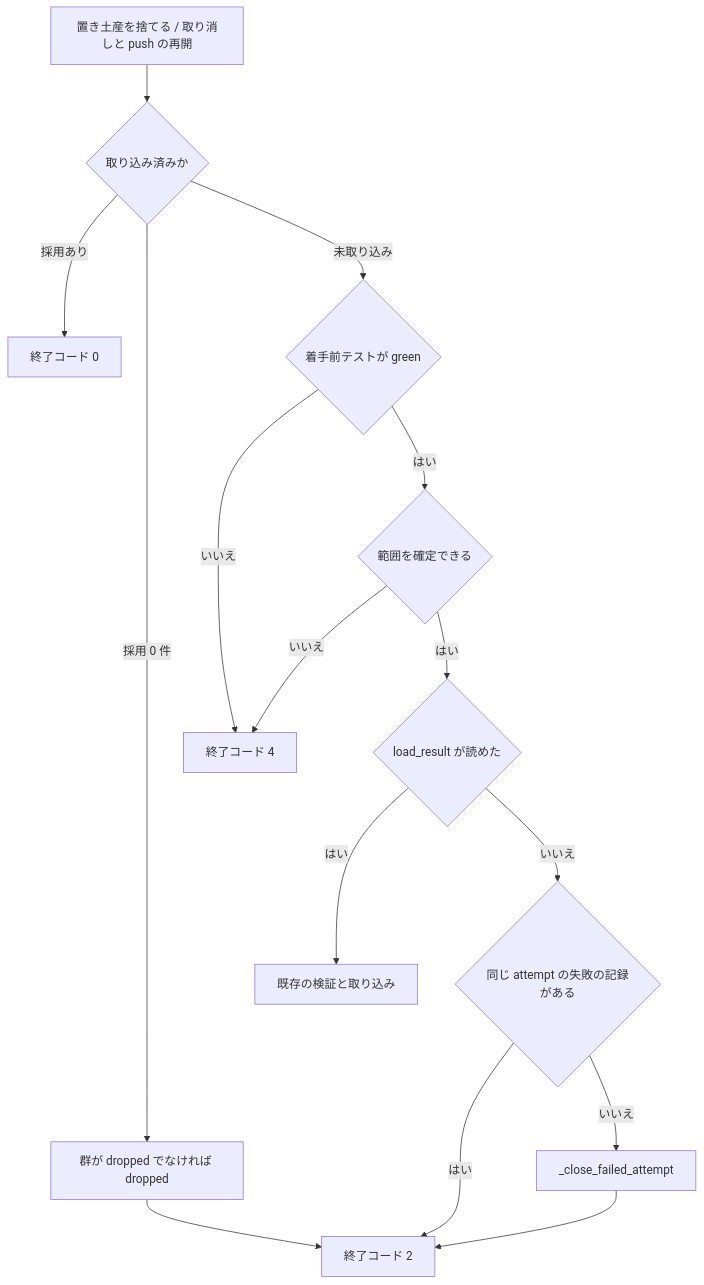
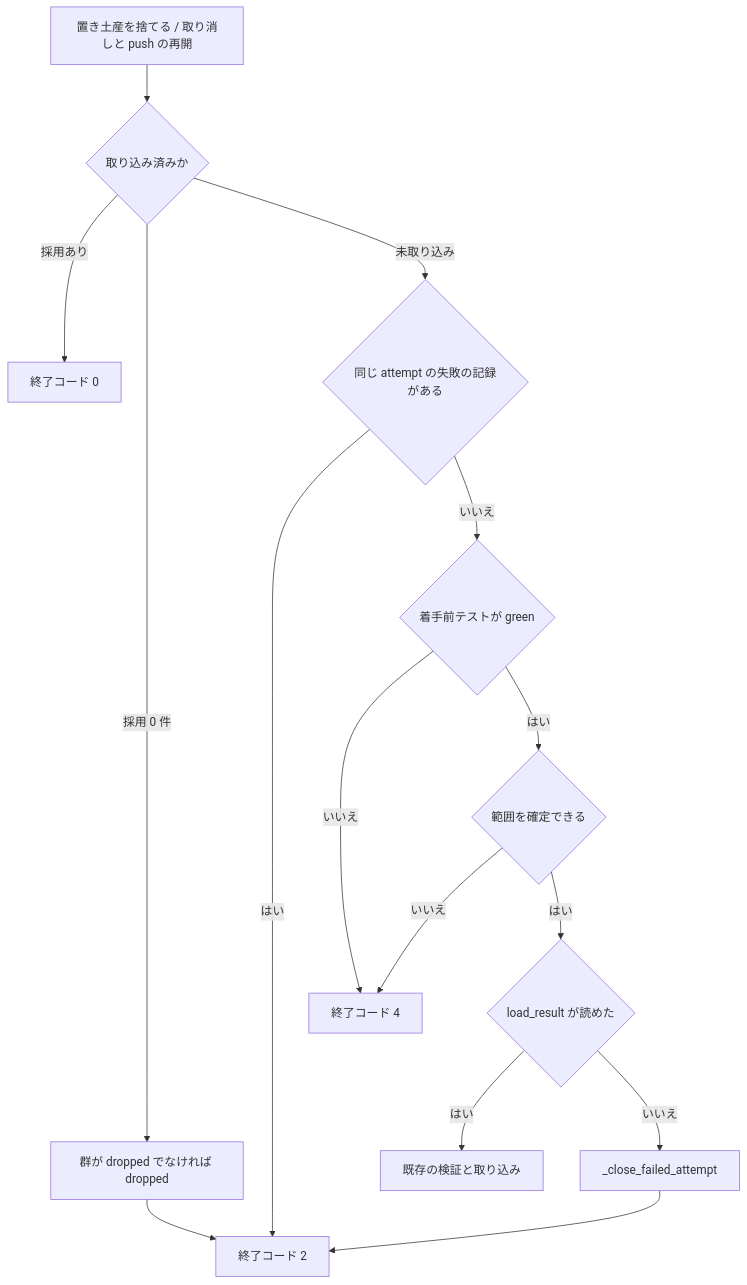
Before and after one commit to devbasex/ai-plugins: the sixth of 6 diagrams in issues/issue-647-592-553-design.md, drawn with Mermaid. The commit also changed other lines of this file and 1 other file, not shown here.

````diff
--- a/issues/issue-647-592-553-design.md
+++ b/issues/issue-647-592-553-design.md
@@ -386,15 +398,15 @@
 ```mermaid
 graph TD
     B[置き土産を捨てる / 取り消しと push の再開] --> G{取り込み済みか}
     G -->|採用あり| R0[終了コード 0]
     G -->|採用 0 件| DR[群が dropped でなければ dropped] --> R2[終了コード 2]
-    G -->|未取り込み| BL{着手前テストが green}
+    G -->|未取り込み| DUP{同じ attempt の失敗の記録がある}
+    DUP -->|はい| R2
+    DUP -->|いいえ| BL{着手前テストが green}
     BL -->|いいえ| A4[終了コード 4]
     BL -->|はい| RG{範囲を確定できる}
     RG -->|いいえ| A4
     RG -->|はい| LD{load_result が読めた}
     LD -->|はい| V[既存の検証と取り込み]
-    LD -->|いいえ| DUP{同じ attempt の失敗の記録がある}
-    DUP -->|はい| R2
-    DUP -->|いいえ| CF[_close_failed_attempt] --> R2
+    LD -->|いいえ| CF[_close_failed_attempt] --> R2
 ```
````
